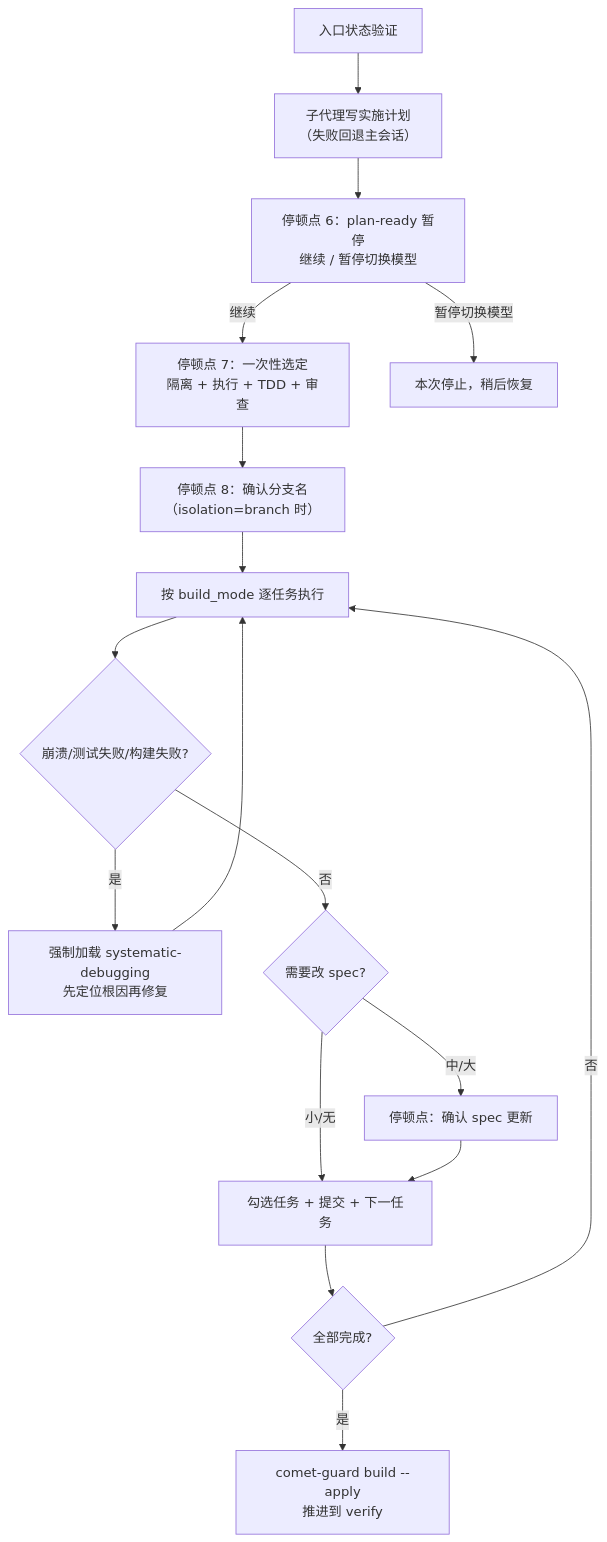
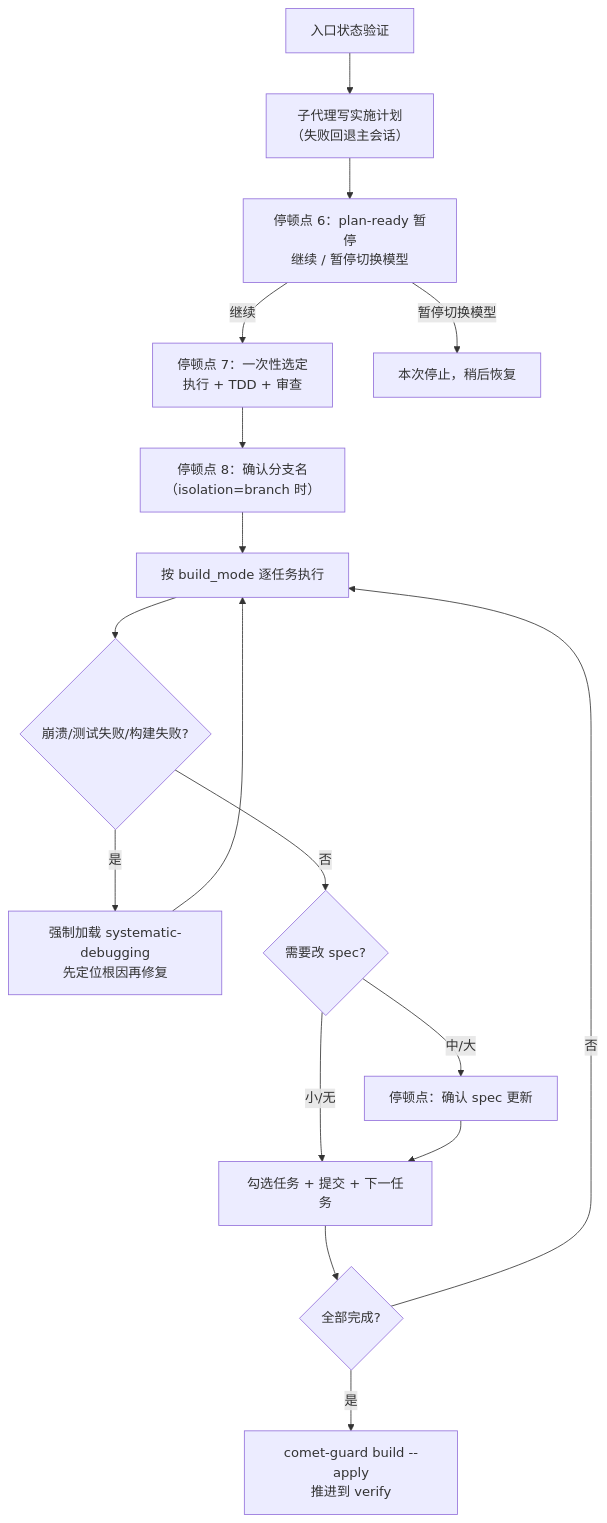
One commit to rpamis/comet-website-docs changed the diagram in zh/phases/build.mdx. Above: the diagram before and after it, drawn with Mermaid. The commit also changed other lines of this file and 16 other files, not shown here.

````diff
--- a/zh/phases/build.mdx
+++ b/zh/phases/build.mdx
@@ -37,19 +38,19 @@
 ```mermaid
 flowchart TD
     Entry["入口状态验证"] --> S1["子代理写实施计划<br/>（失败回退主会话）"]
     S1 --> Stop2["停顿点 6：plan-ready 暂停<br/>继续 / 暂停切换模型"]
-    Stop2 -->|继续| Stop3["停顿点 7：一次性选定<br/>隔离 + 执行 + TDD + 审查"]
+    Stop2 -->|继续| Stop3["停顿点 7：一次性选定<br/>执行 + TDD + 审查"]
     Stop2 -->|暂停切换模型| PauseDone["本次停止，稍后恢复"]
     Stop3 --> StopBranch["停顿点 8：确认分支名<br/>（isolation=branch 时）"]
     StopBranch --> Exec["按 build_mode 逐任务执行"]
     Exec --> Debug{"崩溃/测试失败/构建失败?"}
     Debug -->|是| DebugGate["强制加载 systematic-debugging<br/>先定位根因再修复"]
     DebugGate --> Exec
     Debug -->|否| SpecUpd{"需要改 spec?"}
     SpecUpd -->|中/大| SpecPause["停顿点：确认 spec 更新"]
     SpecUpd -->|小/无| TaskLoop["勾选任务 + 提交 + 下一任务"]
     SpecPause --> TaskLoop
     TaskLoop --> Done{"全部完成?"}
     Done -->|否| Exec
     Done -->|是| Exit["comet-guard build --apply<br/>推进到 verify"]
 ```
````
